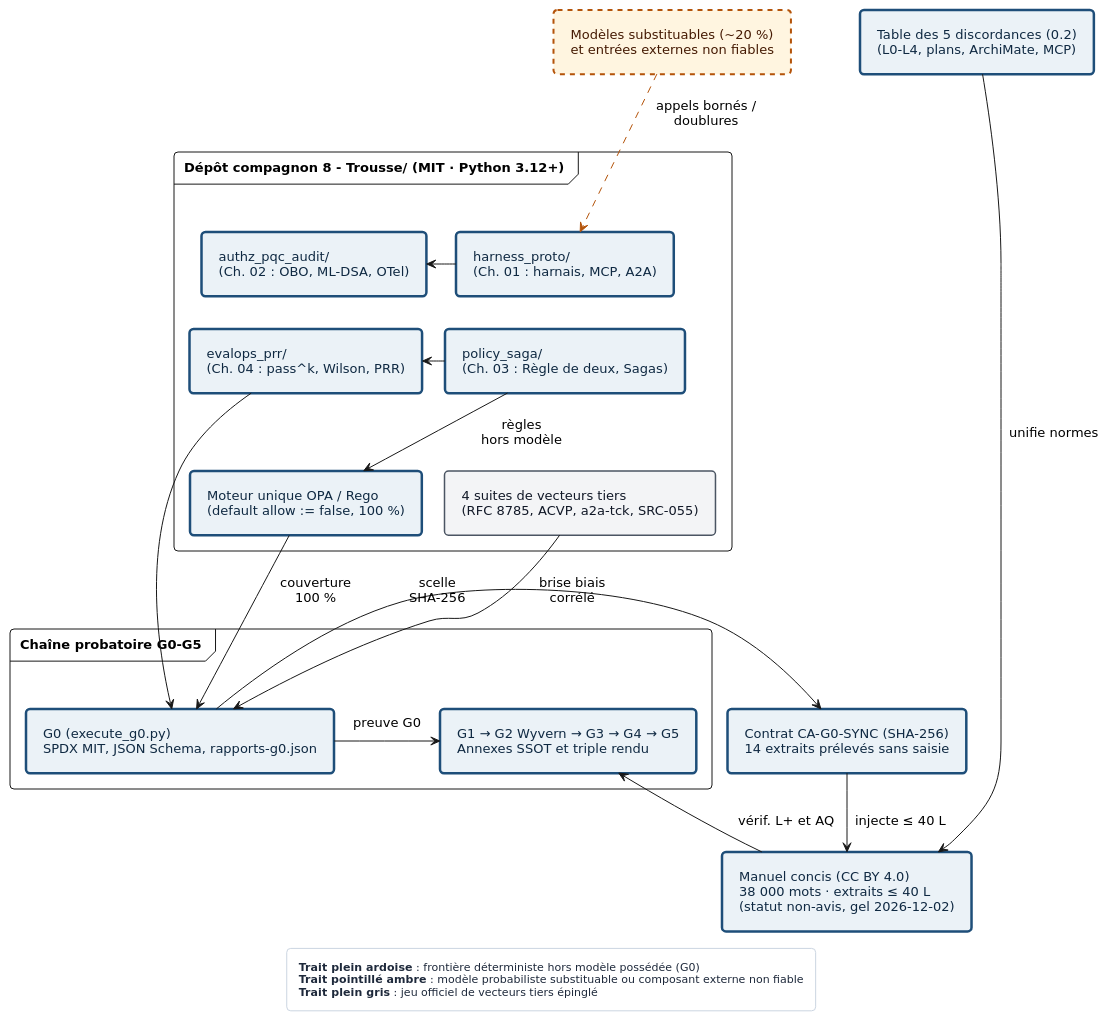
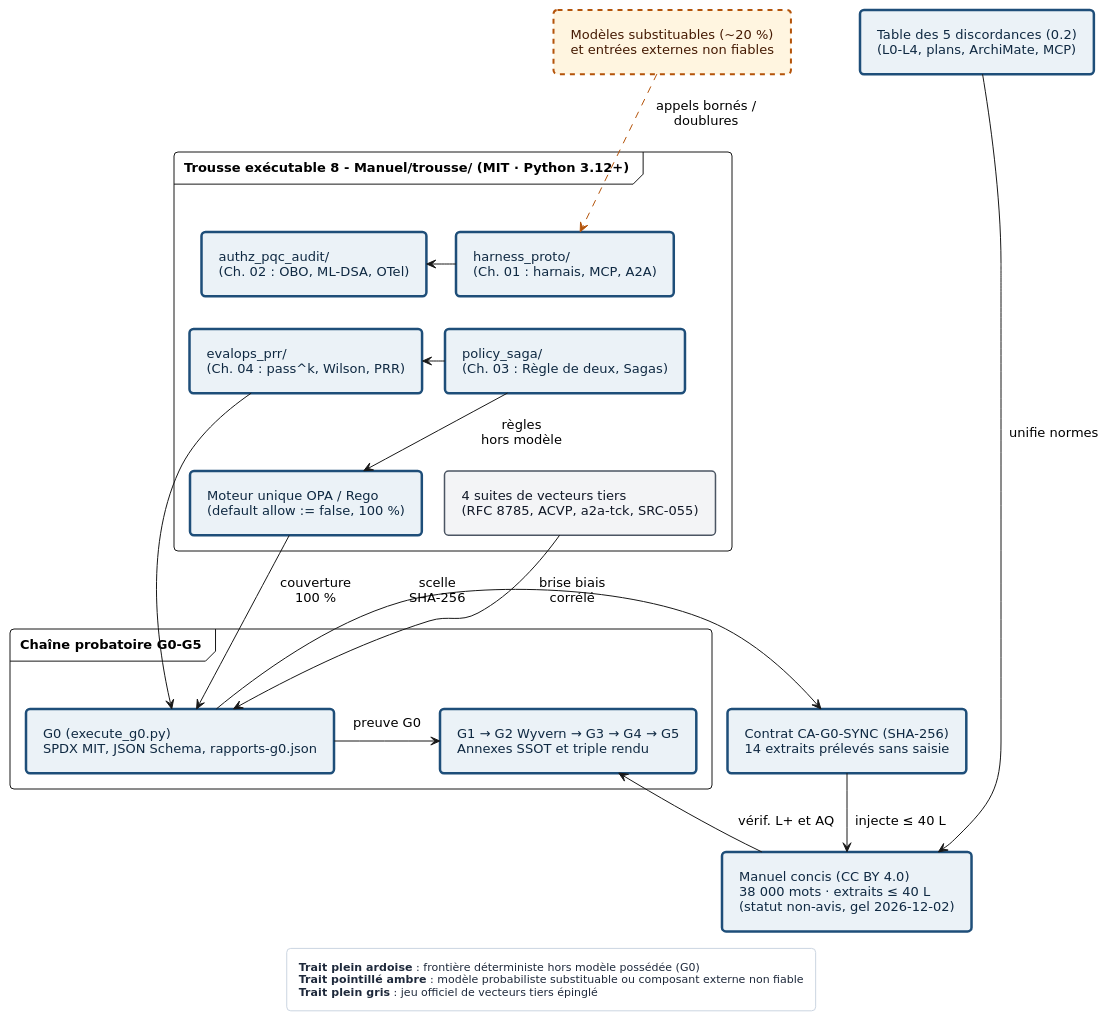
One commit to agbruneau/Agentique changed the diagram in 8 - Manuel/diagrammes/Fig-00.puml. Above: the diagram before and after it, drawn with PlantUML. The commit also changed 164 other files, not shown here.

Commit message:
refactor(vol8): consolider 8 - Trousse sous 8 - Manuel/trousse, purger les doublons et régénérer les livrables

```diff
--- a/8 - Manuel/diagrammes/Fig-00.puml
+++ b/8 - Manuel/diagrammes/Fig-00.puml
@@ -1,94 +1,94 @@
 @startuml
 <style>
 document {
   BackgroundColor #FFFFFF
 }
 .det {
   BackgroundColor #EBF2F7
   LineColor #1E4E79
   LineThickness 2.5
   FontColor #0F2942
 }
 .prob {
   BackgroundColor #FFF5E0
   LineColor #B45309
   LineThickness 2.0
   LineStyle 5
   FontColor #451A03
 }
 .ext {
   BackgroundColor #F3F4F6
   LineColor #4B5563
   LineThickness 1.5
   FontColor #111827
 }
 package {
   BackgroundColor #F8FAFC
   LineColor #64748B
   LineThickness 1.2
   FontColor #334155
 }
 legend {
   BackgroundColor #FFFFFF
   LineColor #CBD5E1
   FontColor #1E293B
   FontSize 11
 }
 </style>
 hide stereotype
 top to bottom direction
 skinparam defaultFontName "DejaVu Sans"
 skinparam defaultFontSize 13
 skinparam shadowing false
 skinparam roundcorner 8
 skinparam packageStyle frame
 skinparam nodesep 22
 skinparam ranksep 32
 skinparam padding 7
 
 rectangle "Modèles substituables (~20 %)\net entrées externes non fiables" as MOD <<prob>>
 rectangle "Table des 5 discordances (0.2)\n(L0–L4, plans, ArchiMate, MCP)" as TAB <<det>>
 
-package "Dépôt compagnon 8 - Trousse/ (MIT · Python 3.12+)" {
+package "Trousse exécutable 8 - Manuel/trousse/ (MIT · Python 3.12+)" {
   rectangle "harness_proto/\n(Ch. 01 : harnais, MCP, A2A)" as M1 <<det>>
   rectangle "authz_pqc_audit/\n(Ch. 02 : OBO, ML-DSA, OTel)" as M2 <<det>>
   rectangle "policy_saga/\n(Ch. 03 : Règle de deux, Sagas)" as M3 <<det>>
   rectangle "evalops_prr/\n(Ch. 04 : pass^k, Wilson, PRR)" as M4 <<det>>
   rectangle "Moteur unique OPA / Rego\n(default allow := false, 100 %)" as OPA <<det>>
   rectangle "4 suites de vecteurs tiers\n(RFC 8785, ACVP, a2a-tck, SRC-055)" as VEC <<ext>>
 }
 
 rectangle "Contrat CA-G0-SYNC (SHA-256)\n14 extraits prélevés sans saisie" as SYNC <<det>>
 rectangle "Manuel concis (CC BY 4.0)\n38 000 mots · extraits ≤ 40 L\n(statut non-avis, gel 2026-12-02)" as MAN <<det>>
 
 package "Chaîne probatoire G0–G5" {
   rectangle "G0 (execute_g0.py)\nSPDX MIT, JSON Schema, rapports-g0.json" as G0 <<det>>
   rectangle "G1 → G2 Wyvern → G3 → G4 → G5\nAnnexes SSOT et triple rendu" as G1G5 <<det>>
 }
 
 MOD .[#B45309].> M1 : appels bornés /\ndoublures
 M1 -right-> M2
 M2 -[hidden]down-> M4
 M1 -[hidden]down-> M3
 M3 -right-> M4
 M3 --> OPA : règles\nhors modèle
 M4 --> G0
 OPA --> G0 : couverture\n100 %
 VEC --> G0 : brise biais\ncorrélé
 G0 -right-> SYNC : scelle\nSHA-256
 SYNC --> MAN : injecte ≤ 40 L
 TAB --> MAN : unifie normes
 G0 -right-> G1G5 : preuve G0
 MAN --> G1G5 : vérif. L+ et AQ
 
 MOD -[hidden]right-> TAB
 OPA -[hidden]right-> VEC
 OPA -[hidden]down-> G0
 VEC -[hidden]down-> SYNC
 
 legend bottom
   **Trait plein ardoise** : frontière déterministe hors modèle possédée (G0)
   **Trait pointillé ambre** : modèle probabiliste substituable ou composant externe non fiable
   **Trait plein gris** : jeu officiel de vecteurs tiers épinglé
 end legend
 @enduml
```
